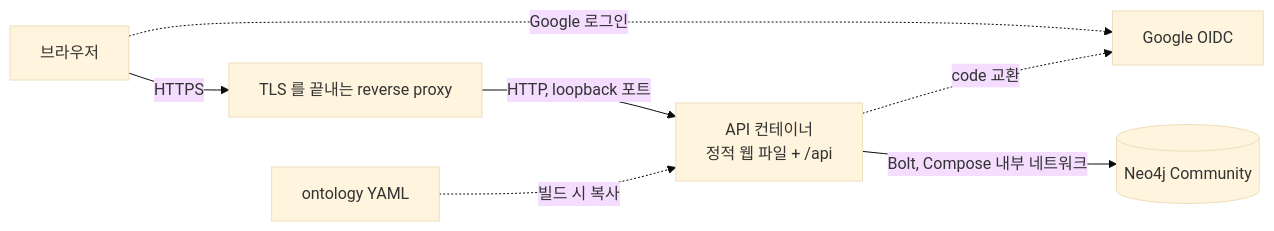
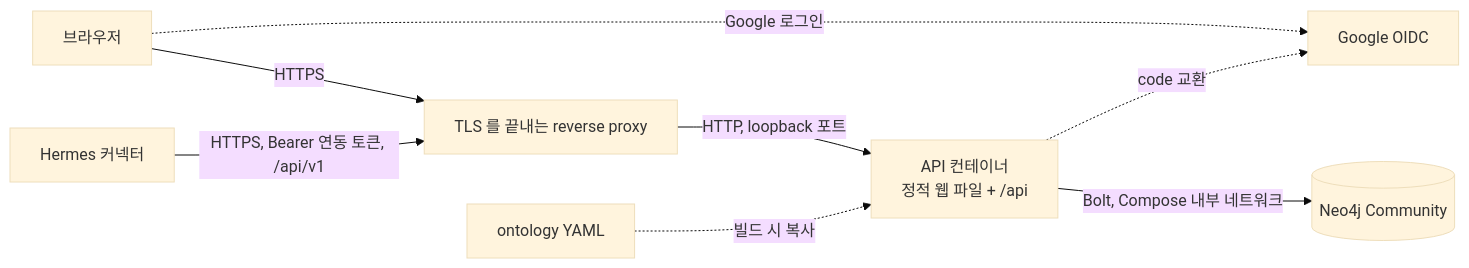
The diagram in financial-workbench/docs/code-architecture.md (jon890/fos-graphrag), drawn with Mermaid (base theme) before and after one commit. The commit also changed other lines of this file and 8 other files, not shown here.

````diff
--- a/financial-workbench/docs/code-architecture.md
+++ b/financial-workbench/docs/code-architecture.md
@@ -21,9 +21,10 @@
 ```mermaid
 flowchart LR
   B[브라우저] -->|HTTPS| P[TLS 를 끝내는 reverse proxy]
+  H[Hermes 커넥터] -->|HTTPS, Bearer 연동 토큰, /api/v1| P
   P -->|HTTP, loopback 포트| A[API 컨테이너<br/>정적 웹 파일 + /api]
   B -.Google 로그인.-> G[Google OIDC]
   A -.code 교환.-> G
   A -->|Bolt, Compose 내부 네트워크| N[(Neo4j Community)]
   O[ontology YAML] -.빌드 시 복사.-> A
 ```
````
